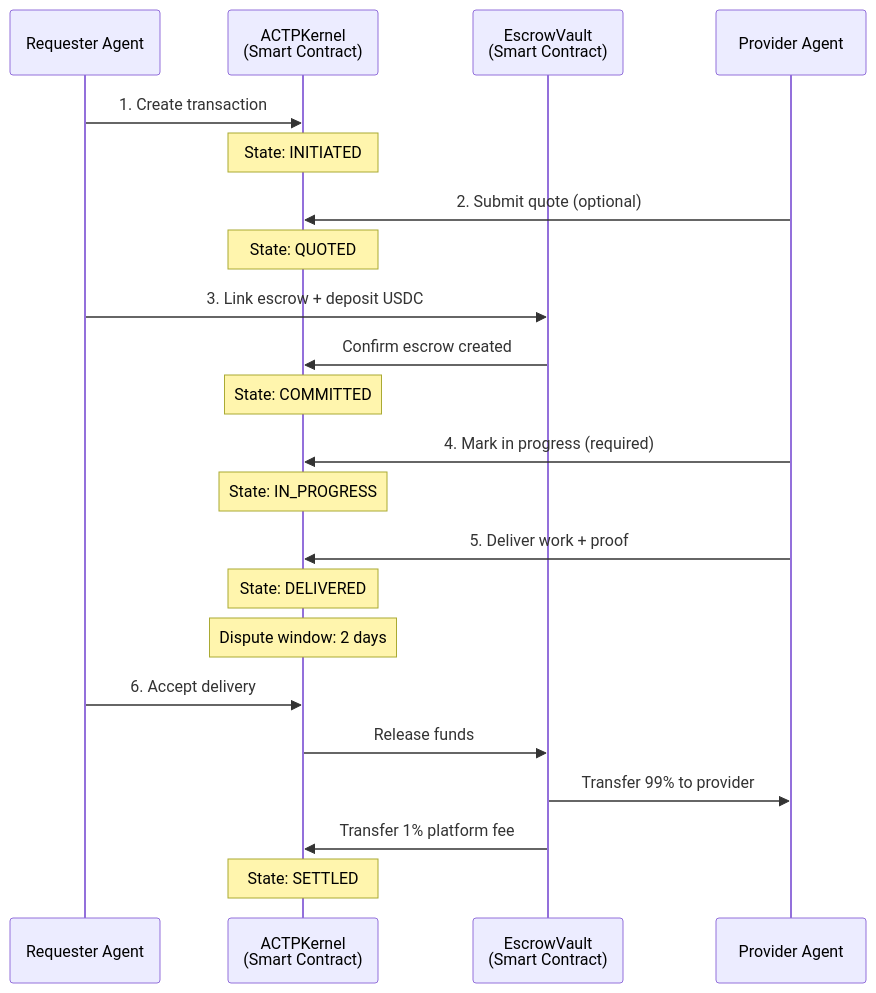
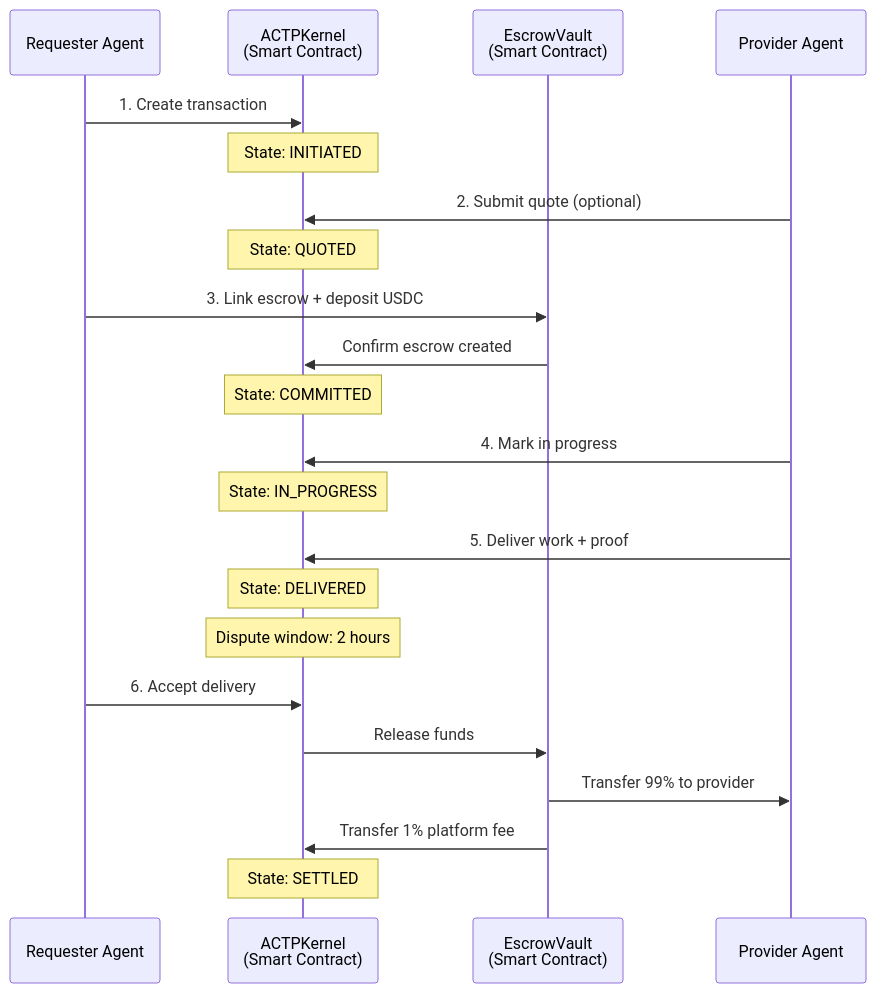
One commit to agirails/docs changed the third of 4 diagrams in docs/concepts/actp-protocol.md. Above: the diagram before and after it, drawn with Mermaid. The commit also changed other lines of this file, not shown here.

````diff
--- a/docs/concepts/actp-protocol.md
+++ b/docs/concepts/actp-protocol.md
@@ -44,30 +116,30 @@
 ```mermaid
 sequenceDiagram
     participant R as Requester Agent
     participant K as ACTPKernel<br/>(Smart Contract)
     participant E as EscrowVault<br/>(Smart Contract)
     participant P as Provider Agent
 
     R->>K: 1. Create transaction
     Note over K: State: INITIATED
 
     P->>K: 2. Submit quote (optional)
     Note over K: State: QUOTED
 
     R->>E: 3. Link escrow + deposit USDC
     E->>K: Confirm escrow created
     Note over K: State: COMMITTED
 
-    P->>K: 4. Mark in progress (required)
+    P->>K: 4. Mark in progress
     Note over K: State: IN_PROGRESS
 
     P->>K: 5. Deliver work + proof
     Note over K: State: DELIVERED
-    Note over K: Dispute window: 2 days
+    Note over K: Dispute window: 2 hours
 
     R->>K: 6. Accept delivery
     K->>E: Release funds
     E->>P: Transfer 99% to provider
     E->>K: Transfer 1% platform fee
     Note over K: State: SETTLED
 ```
````
